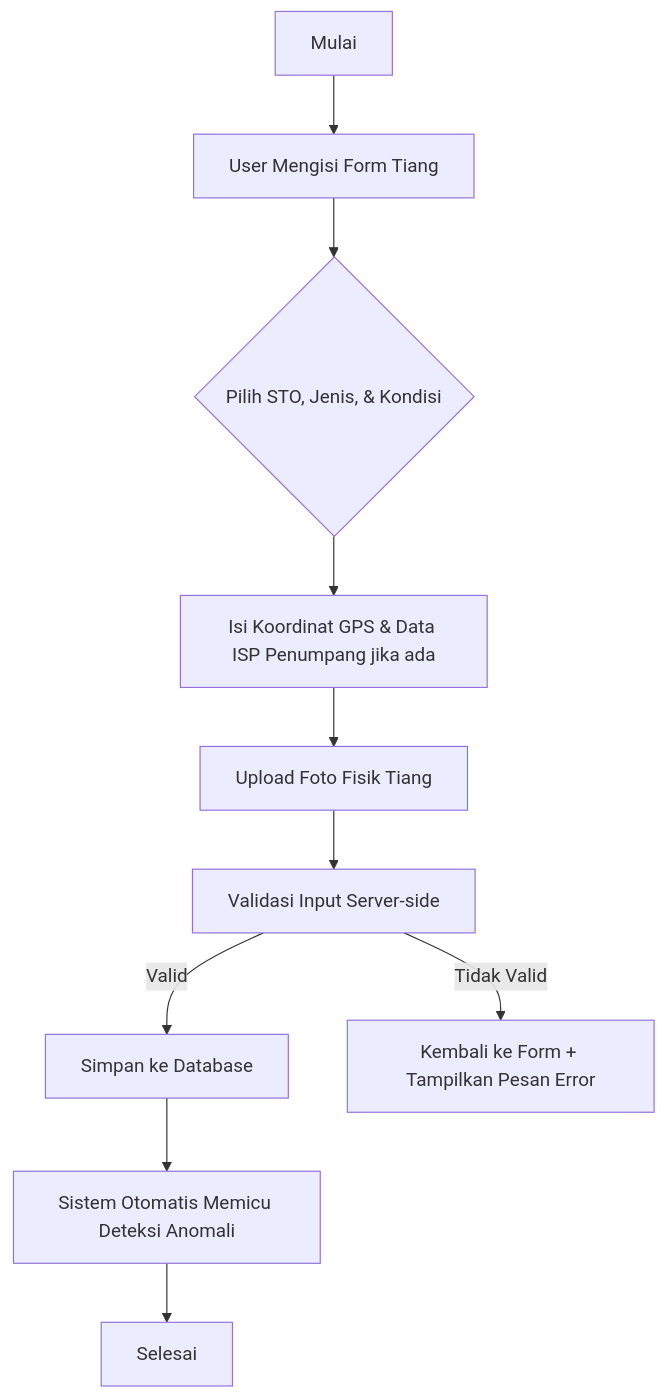
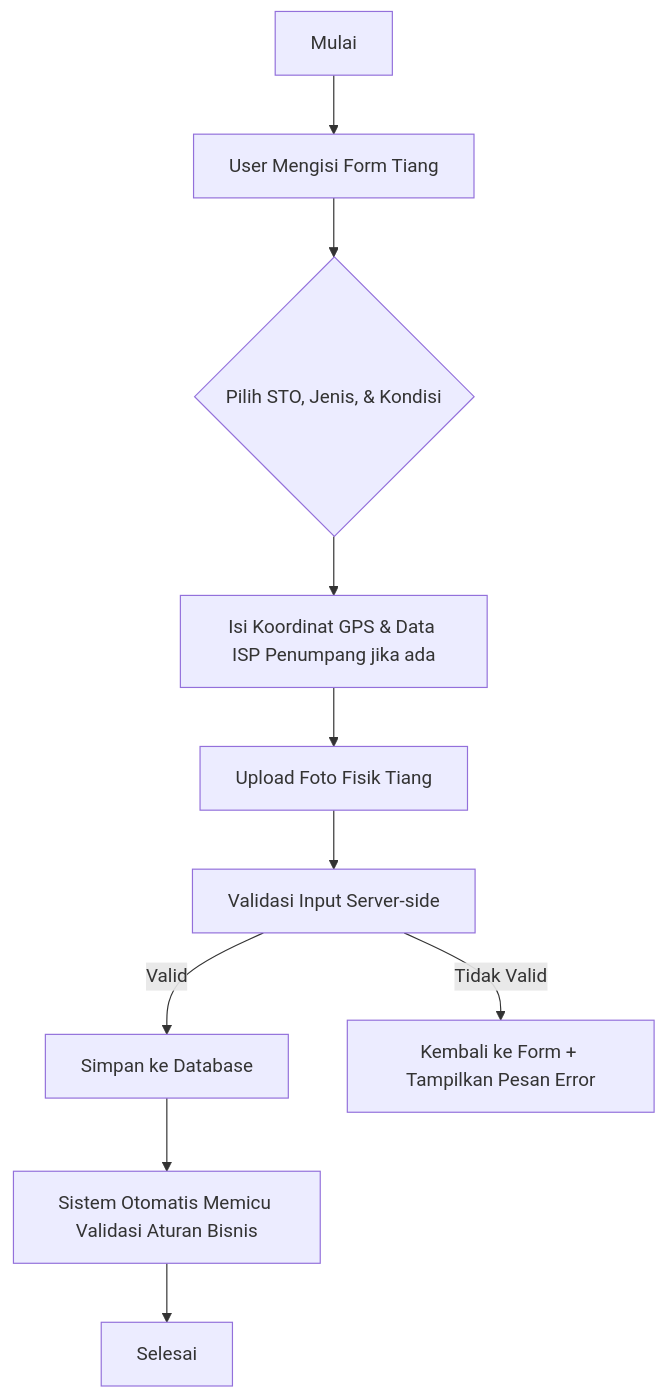
One commit to LutfiHaryaFerdian/PT-Telkom-Infrastruktur_Monitoring-Tiang changed the second of 2 diagrams in DOCUMENTATION.md. Above: the diagram before and after it, drawn with Mermaid. The commit also changed other lines of this file and 7 other files, not shown here.

````diff
--- a/DOCUMENTATION.md
+++ b/DOCUMENTATION.md
@@ -86,12 +86,12 @@
 ```mermaid
 graph TD
     A[Mulai] --> B[User Mengisi Form Tiang]
     B --> C{Pilih STO, Jenis, & Kondisi}
     C --> D[Isi Koordinat GPS & Data ISP Penumpang jika ada]
     D --> E[Upload Foto Fisik Tiang]
     E --> F[Validasi Input Server-side]
     F -- Valid --> G[Simpan ke Database]
     F -- Tidak Valid --> H[Kembali ke Form + Tampilkan Pesan Error]
-    G --> I[Sistem Otomatis Memicu Deteksi Anomali]
+    G --> I[Sistem Otomatis Memicu Validasi Aturan Bisnis]
     I --> J[Selesai]
 ```
````
